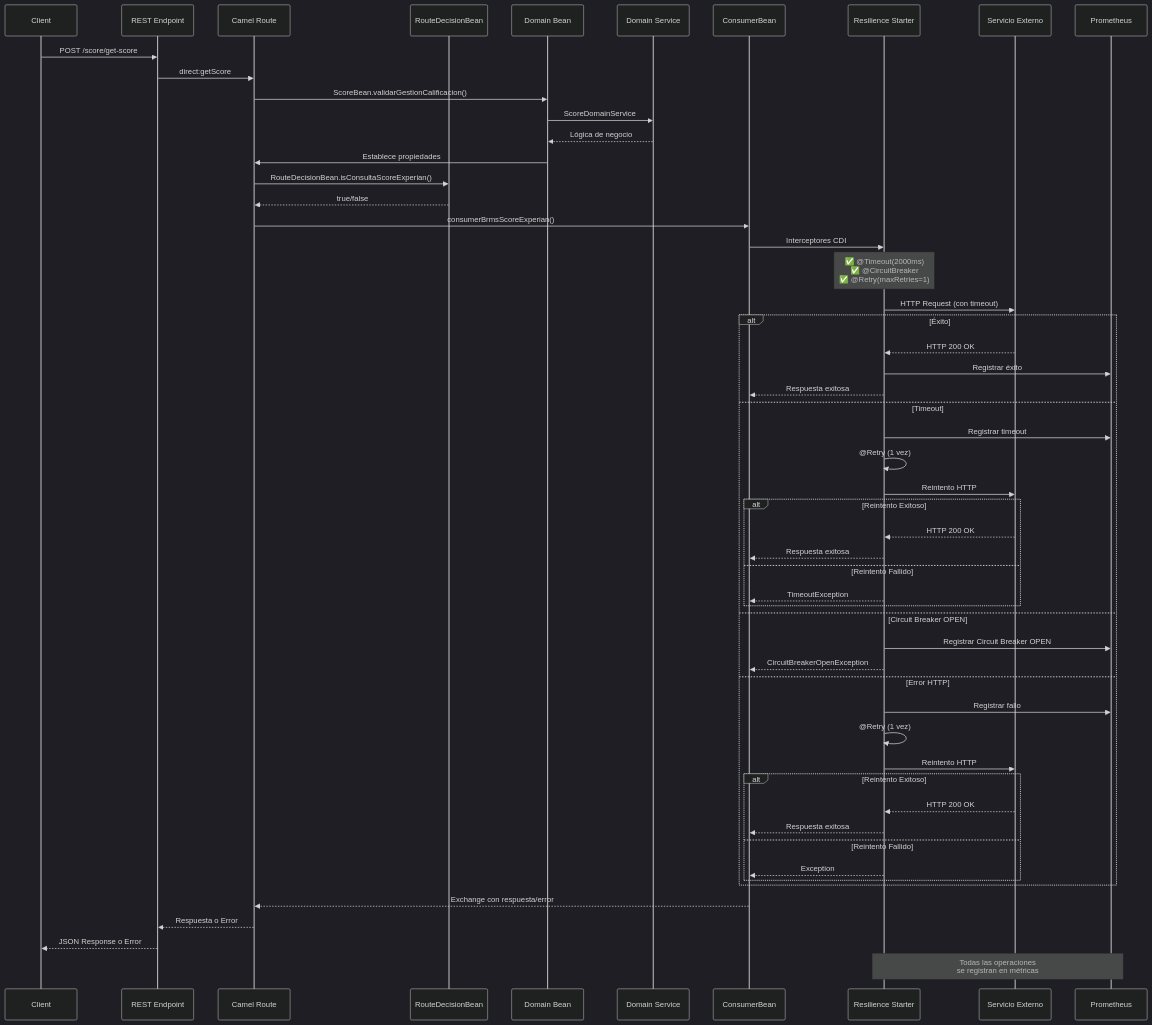
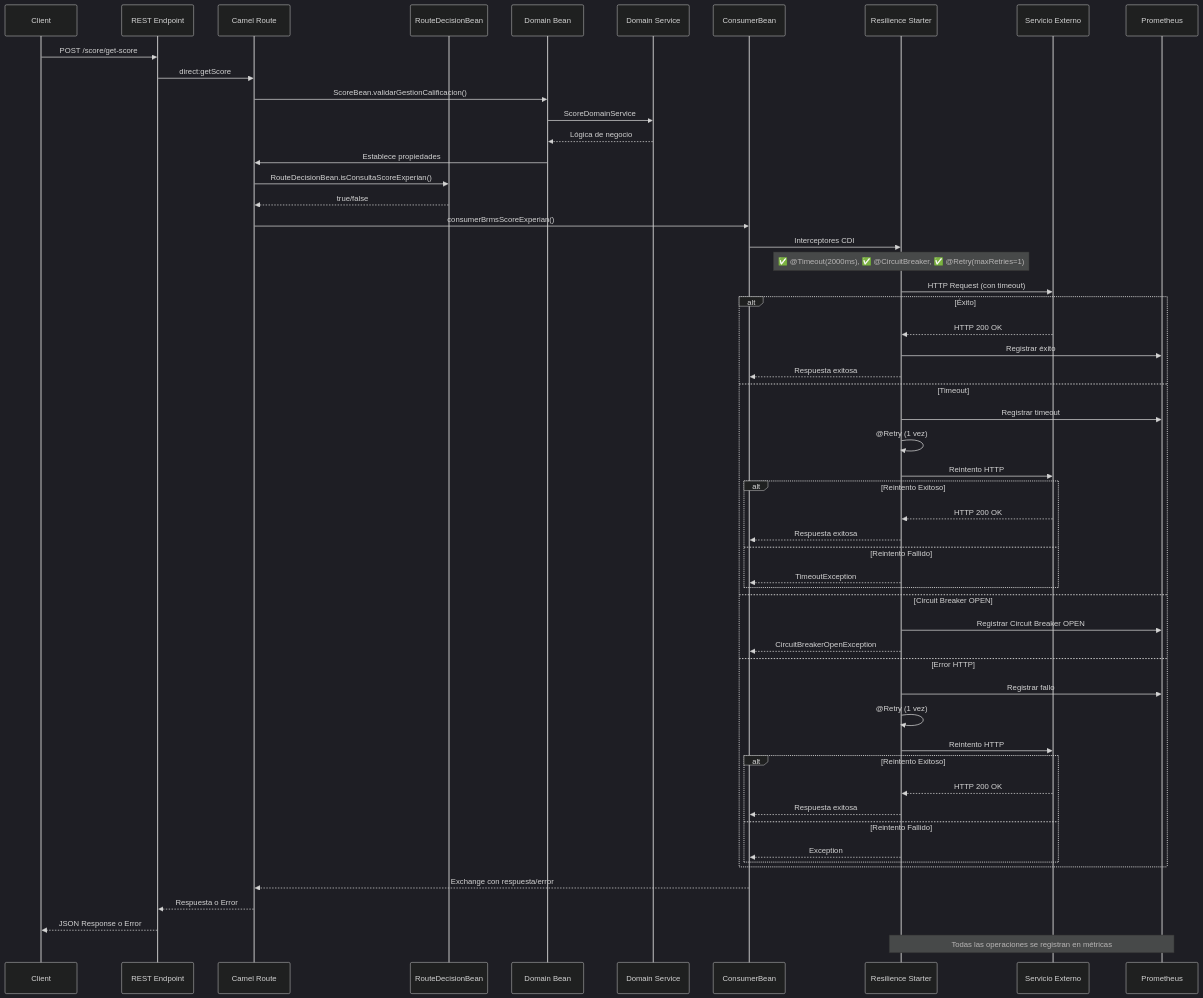
Before and after one commit to rrondinel/documents: the sixth of 27 diagrams in DIAGRAMAS_MERMAID_COMPARATIVOS.md, drawn with Mermaid (dark theme). The commit also changed other lines of this file, not shown here.

````diff
--- a/DIAGRAMAS_MERMAID_COMPARATIVOS.md
+++ b/DIAGRAMAS_MERMAID_COMPARATIVOS.md
@@ -241,59 +241,59 @@
 ```mermaid
 sequenceDiagram
     participant Client
     participant REST as REST Endpoint
     participant Route as Camel Route
     participant Decision as RouteDecisionBean
     participant Domain as Domain Bean
     participant DomainSvc as Domain Service
     participant Infra as ConsumerBean
     participant Resilience as Resilience Starter
     participant External as Servicio Externo
     participant Metrics as Prometheus
     
     Client->>REST: POST /score/get-score
     REST->>Route: direct:getScore
     Route->>Domain: ScoreBean.validarGestionCalificacion()
     Domain->>DomainSvc: ScoreDomainService
     DomainSvc-->>Domain: Lógica de negocio
     Domain->>Route: Establece propiedades
     Route->>Decision: RouteDecisionBean.isConsultaScoreExperian()
     Decision-->>Route: true/false
     Route->>Infra: consumerBrmsScoreExperian()
     Infra->>Resilience: Interceptores CDI
-    Note over Resilience: ✅ @Timeout(2000ms)<br/>✅ @CircuitBreaker<br/>✅ @Retry(maxRetries=1)
+    Note over Resilience: ✅ @Timeout(2000ms), ✅ @CircuitBreaker, ✅ @Retry(maxRetries=1)
     Resilience->>External: HTTP Request (con timeout)
     alt Éxito
         External-->>Resilience: HTTP 200 OK
         Resilience->>Metrics: Registrar éxito
         Resilience-->>Infra: Respuesta exitosa
     else Timeout
         Resilience->>Metrics: Registrar timeout
         Resilience->>Resilience: @Retry (1 vez)
         Resilience->>External: Reintento HTTP
         alt Reintento Exitoso
             External-->>Resilience: HTTP 200 OK
             Resilience-->>Infra: Respuesta exitosa
         else Reintento Fallido
             Resilience-->>Infra: TimeoutException
         end
     else Circuit Breaker OPEN
         Resilience->>Metrics: Registrar Circuit Breaker OPEN
         Resilience-->>Infra: CircuitBreakerOpenException
     else Error HTTP
         Resilience->>Metrics: Registrar fallo
         Resilience->>Resilience: @Retry (1 vez)
         Resilience->>External: Reintento HTTP
         alt Reintento Exitoso
             External-->>Resilience: HTTP 200 OK
             Resilience-->>Infra: Respuesta exitosa
         else Reintento Fallido
             Resilience-->>Infra: Exception
         end
     end
     Infra-->>Route: Exchange con respuesta/error
     Route-->>REST: Respuesta o Error
     REST-->>Client: JSON Response o Error
     
-    Note over Resilience,Metrics: Todas las operaciones<br/>se registran en métricas
+    Note over Resilience,Metrics: Todas las operaciones se registran en métricas
 ```
````
